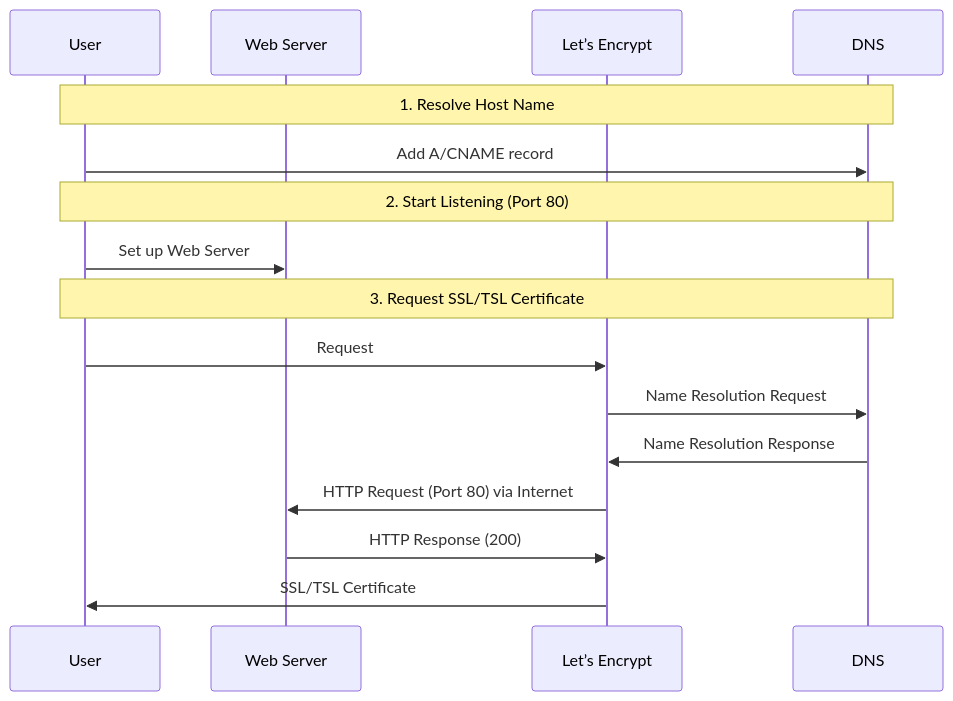
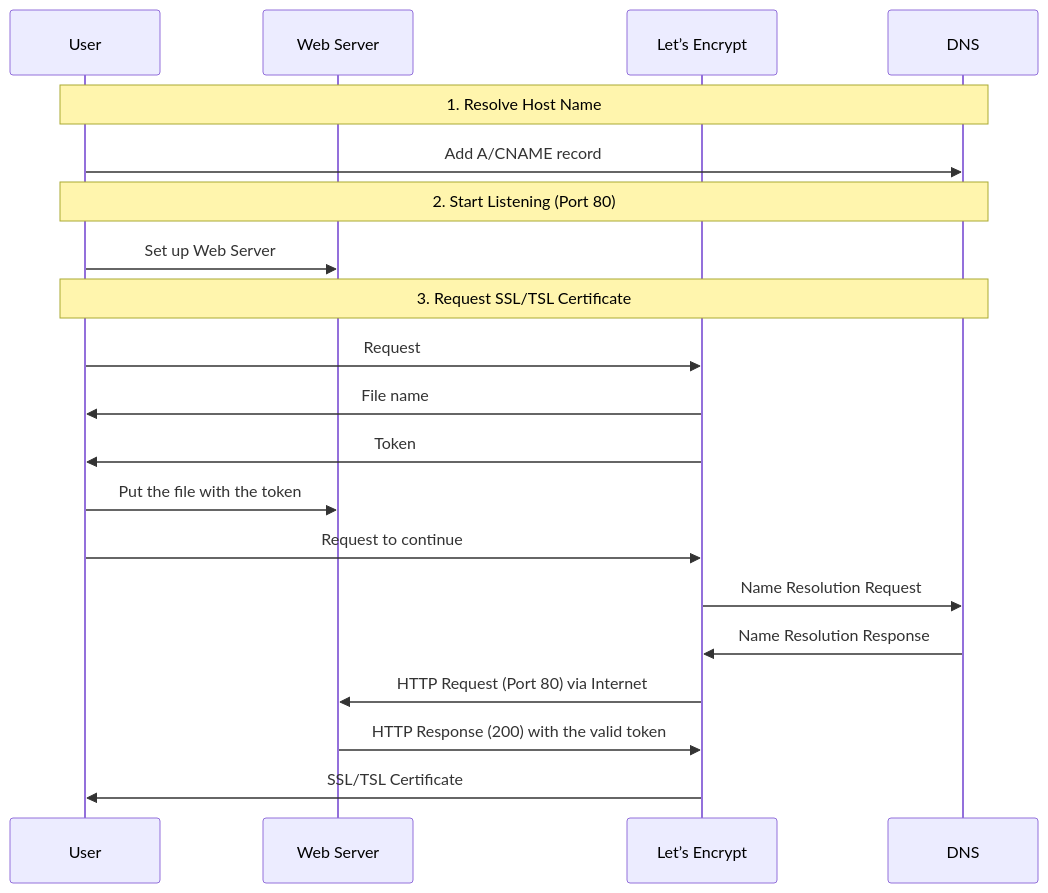
One commit to kazu634/blog changed the first of 4 diagrams in content/labs/infra/2019-04-14_how_to_use_Lego.md. Above: the diagram before and after it, drawn with Mermaid. The commit also changed other lines of this file, not shown here.

Commit message:
Add more detailed work flow

```diff
--- a/content/labs/infra/2019-04-14_how_to_use_Lego.md
+++ b/content/labs/infra/2019-04-14_how_to_use_Lego.md
@@ -21,21 +21,25 @@
 <div class="mermaid">
 sequenceDiagram
     participant User
     participant Web Server
     participant Let’s Encrypt
     participant DNS
 
     Note over User, DNS: 1. Resolve Host Name
     User ->> DNS: Add A/CNAME record
 
     Note over User, DNS: 2. Start Listening (Port 80)
     User ->> Web Server: Set up Web Server
 
     Note over User, DNS: 3. Request SSL/TSL Certificate
     User ->> Let’s Encrypt: Request
+    Let’s Encrypt ->> User: File name
+    Let’s Encrypt ->> User: Token
+    User ->> Web Server: Put the file with the token
+    User ->> Let’s Encrypt: Request to continue
     Let’s Encrypt ->> DNS: Name Resolution Request
     DNS ->> Let’s Encrypt: Name Resolution Response
     Let’s Encrypt ->> Web Server: HTTP Request (Port 80) via Internet
-    Web Server ->> Let’s Encrypt: HTTP Response (200)
+    Web Server ->> Let’s Encrypt: HTTP Response (200) with the valid token
     Let’s Encrypt ->> User: SSL/TSL Certificate
 </div>
```
